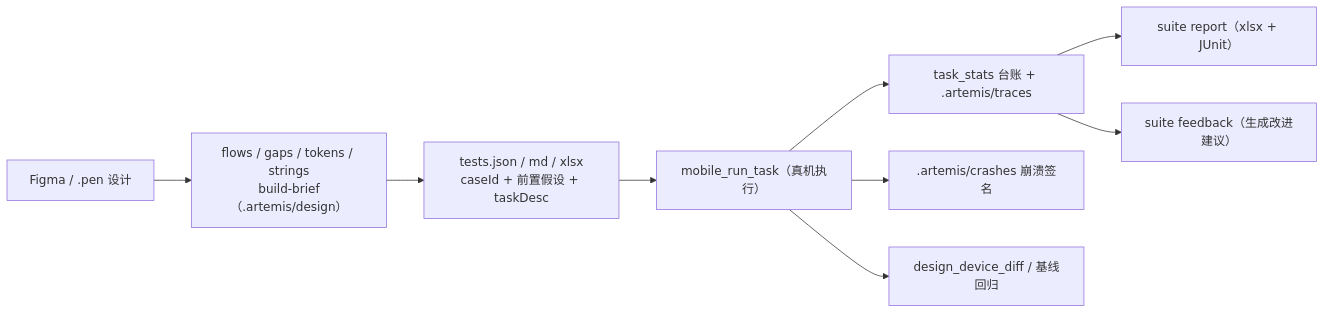
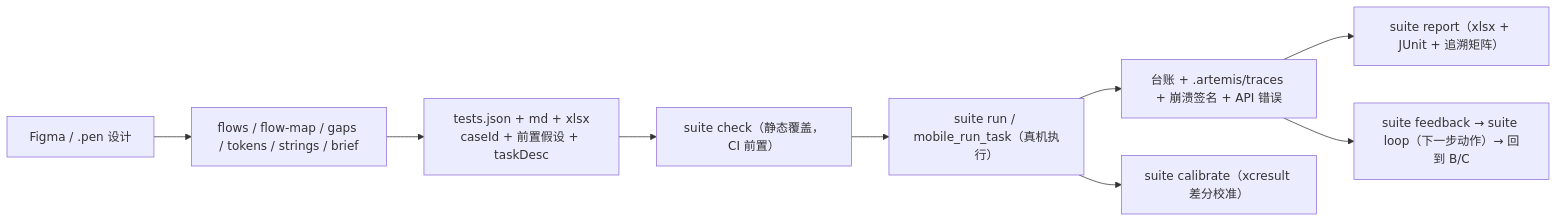
One commit to louislucney/AOS-Artemis changed the diagram in docs/接入指南.md. Above: the diagram before and after it, drawn with Mermaid. The commit also changed other lines of this file, not shown here.

Commit message:
docs(guide): detailed onboarding guide with flow gates, suite loop and pen synthesis

````diff
--- a/docs/接入指南.md
+++ b/docs/接入指南.md
@@ -21,11 +32,11 @@
 ```mermaid
 flowchart LR
-  A["Figma / .pen 设计"] --> B["flows / gaps / tokens / strings<br/>build-brief（.artemis/design）"]
-  B --> C["tests.json / md / xlsx<br/>caseId + 前置假设 + taskDesc"]
-  C --> D["mobile_run_task（真机执行）"]
-  D --> E["task_stats 台账 + .artemis/traces"]
-  D --> F[".artemis/crashes 崩溃签名"]
-  D --> G["design_device_diff / 基线回归"]
-  E --> H["suite report（xlsx + JUnit）"]
-  E --> I["suite feedback（生成改进建议）"]
+  A["Figma / .pen 设计"] --> B["flows / flow-map / gaps / tokens / strings / brief"]
+  B --> C["tests.json + md + xlsx<br/>caseId + 前置假设 + taskDesc"]
+  C --> D["suite check（静态覆盖，CI 前置）"]
+  D --> E["suite run / mobile_run_task（真机执行）"]
+  E --> F["台账 + .artemis/traces + 崩溃签名 + API 错误"]
+  E --> G["suite calibrate（xcresult 差分校准）"]
+  F --> H["suite report（xlsx + JUnit + 追溯矩阵）"]
+  F --> I["suite feedback → suite loop（下一步动作）→ 回到 B/C"]
 ```
````
